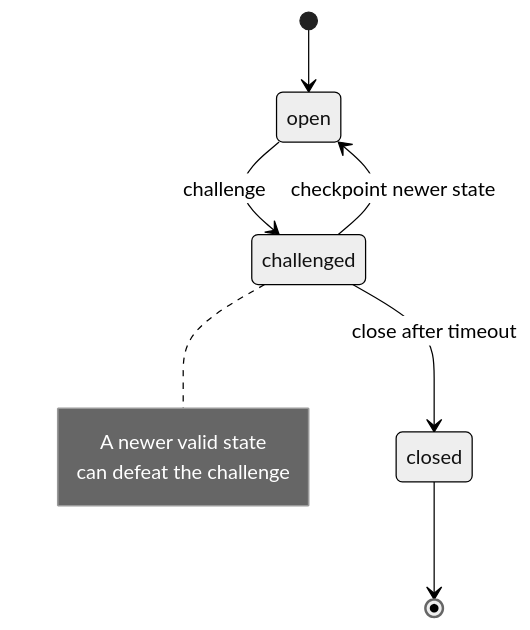
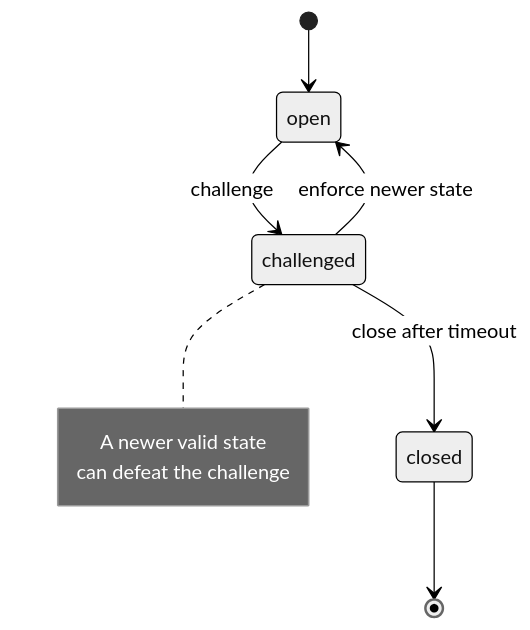
One commit to layer-3/docs changed the diagram in docs/nitrolite/learn/core-concepts/challenge-response.mdx. Above: the diagram before and after it, drawn with Mermaid (neutral theme). The commit also changed other lines of this file and 20 other files, not shown here.

````diff
--- a/docs/nitrolite/learn/core-concepts/challenge-response.mdx
+++ b/docs/nitrolite/learn/core-concepts/challenge-response.mdx
@@ -57,10 +57,10 @@
 ```mermaid
 stateDiagram-v2
     [*] --> open
     open --> challenged: challenge
-    challenged --> open: checkpoint newer state
+    challenged --> open: enforce newer state
     challenged --> closed: close after timeout
     closed --> [*]
 
     note right of challenged: A newer valid state<br/>can defeat the challenge
 ```
````
